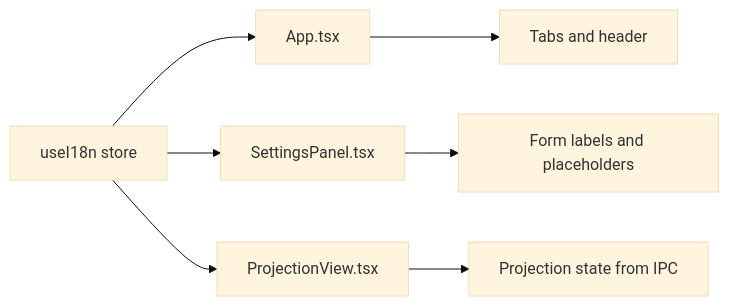
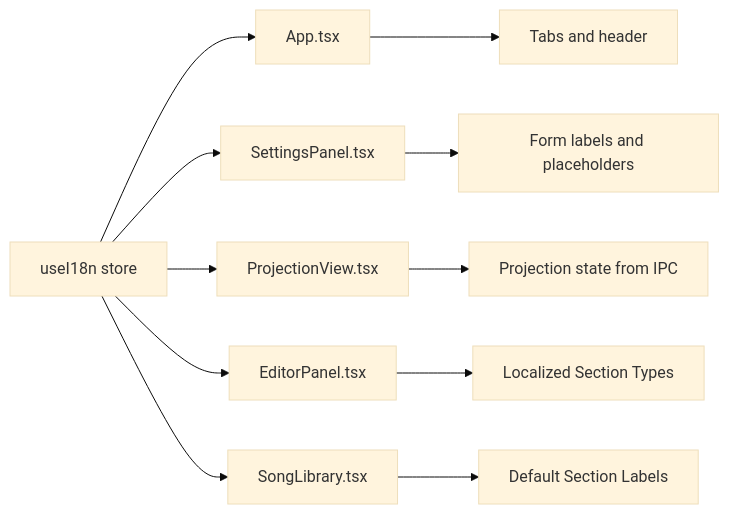
One commit to jimmywyk/lyricdeck changed the fifth of 6 diagrams in .qoder/repowiki/en/content/Internationalization.md. Above: the diagram before and after it, drawn with Mermaid (base theme). The commit also changed other lines of this file and 11 other files, not shown here.

````diff
--- a/.qoder/repowiki/en/content/Internationalization.md
+++ b/.qoder/repowiki/en/content/Internationalization.md
@@ -198,9 +225,13 @@
 ```mermaid
 graph LR
 Store["useI18n store"] --> App["App.tsx"]
 Store --> Settings["SettingsPanel.tsx"]
 Store --> Projection["ProjectionView.tsx"]
+Store --> Editor["EditorPanel.tsx"]
+Store --> Library["SongLibrary.tsx"]
 App --> Tabs["Tabs and header"]
 Settings --> Form["Form labels and placeholders"]
 Projection --> State["Projection state from IPC"]
+Editor --> Actions["Localized Section Types"]
+Library --> DefaultLabels["Default Section Labels"]
 ```
````
